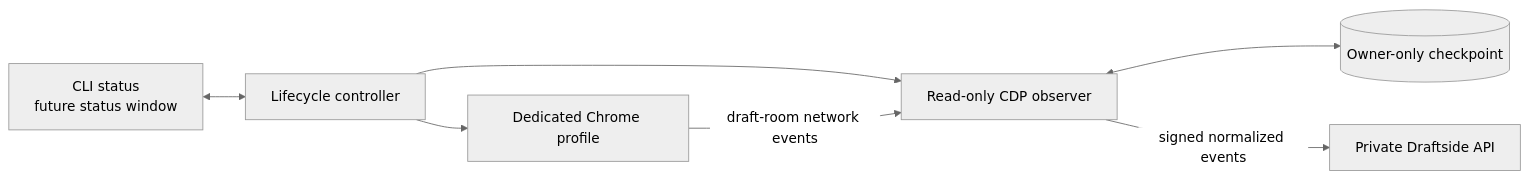
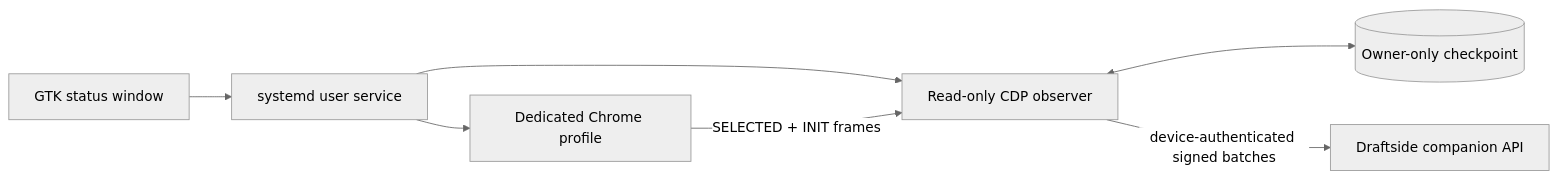
Before and after one commit to fdsouvenir/espn-fantasy-draft-bot: the diagram in docs/laptop-companion.md, drawn with Mermaid (neutral theme). The commit also changed other lines of this file and 34 other files, not shown here.

````diff
--- a/docs/laptop-companion.md
+++ b/docs/laptop-companion.md
@@ -30,16 +16,16 @@
 ```mermaid
 flowchart LR
-    UI[CLI status<br/>future status window]
-    Launcher[Lifecycle controller]
+    UI[GTK status window]
+    Service[systemd user service]
     Chrome[Dedicated Chrome profile]
     Observer[Read-only CDP observer]
-    Queue[(Owner-only checkpoint)]
-    Backend[Private Draftside API]
+    State[(Owner-only checkpoint)]
+    Worker[Draftside companion API]
 
-    UI <--> Launcher
-    Launcher --> Chrome
-    Launcher --> Observer
-    Chrome -->|draft-room network events| Observer
-    Observer <--> Queue
-    Observer -->|signed normalized events| Backend
+    UI --> Service
+    Service --> Chrome
+    Service --> Observer
+    Chrome -->|SELECTED + INIT frames| Observer
+    Observer <--> State
+    Observer -->|device-authenticated signed batches| Worker
 ```
````
